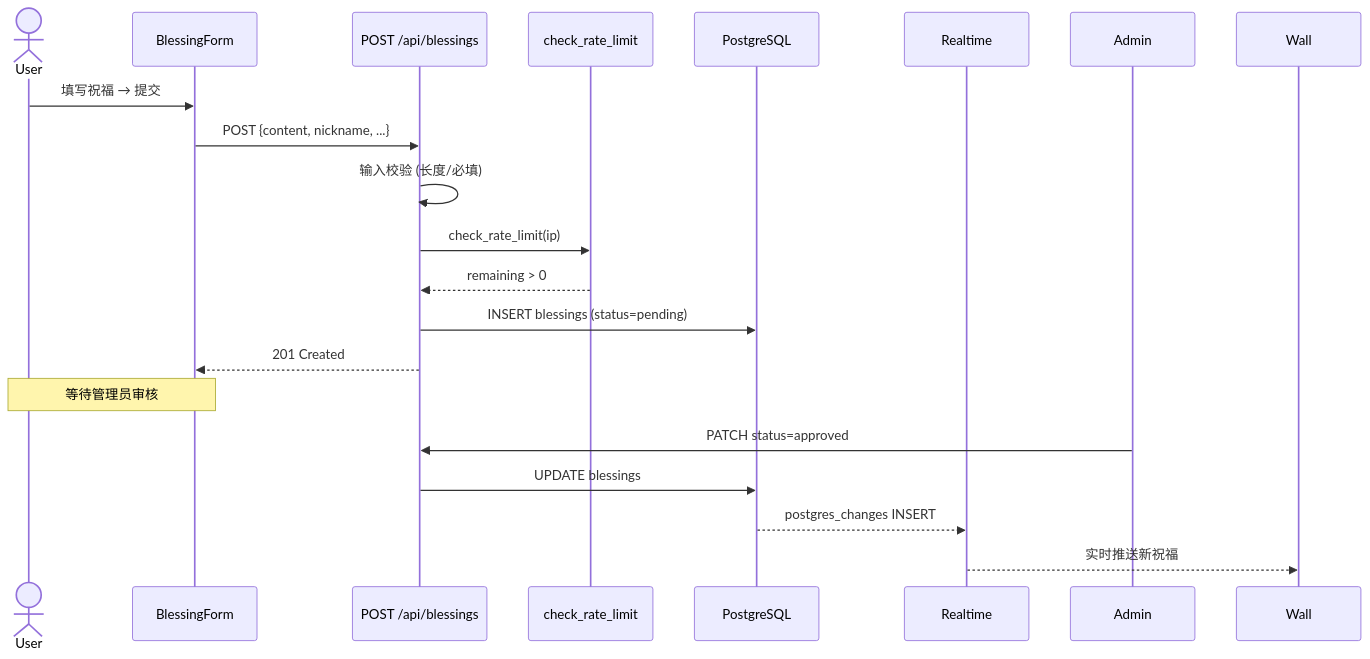
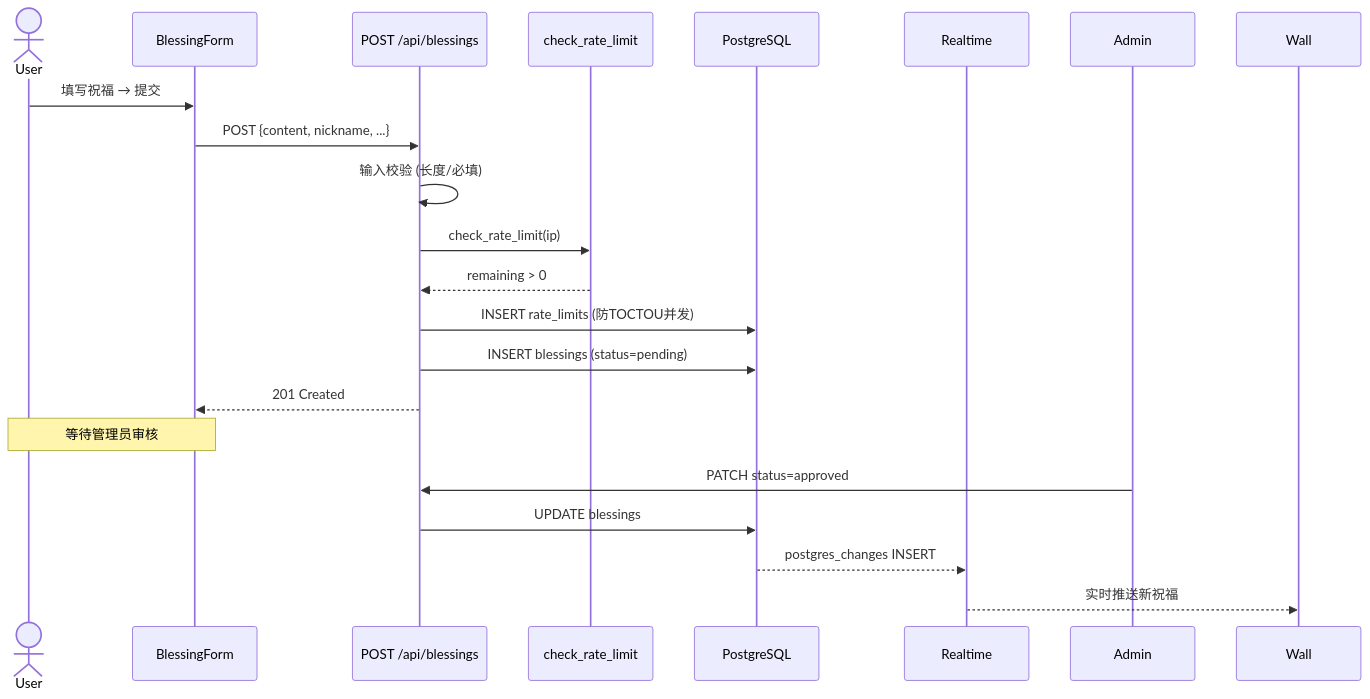
The third of 4 diagrams in docs/ARCHITECTURE.md (shh32010/Teacher-wishes), drawn with Mermaid before and after one commit. The commit also changed other lines of this file and 3 other files, not shown here.

First line of the commit message:
docs: 安全修复+UX变更同步至文档 — CHANGELOG/PROGRESS/API/ARCHITECTURE

````diff
--- a/docs/ARCHITECTURE.md
+++ b/docs/ARCHITECTURE.md
@@ -197,22 +198,23 @@
 ```mermaid
 sequenceDiagram
     actor User
     participant Form as BlessingForm
     participant API as POST /api/blessings
     participant RPC as check_rate_limit
     participant DB as PostgreSQL
     participant RT as Realtime
 
     User->>Form: 填写祝福 → 提交
     Form->>API: POST {content, nickname, ...}
     API->>API: 输入校验 (长度/必填)
     API->>RPC: check_rate_limit(ip)
     RPC-->>API: remaining > 0
+    API->>DB: INSERT rate_limits (防TOCTOU并发)
     API->>DB: INSERT blessings (status=pending)
     API-->>Form: 201 Created
     Note over User,Form: 等待管理员审核
     Admin->>API: PATCH status=approved
     API->>DB: UPDATE blessings
     DB-->>RT: postgres_changes INSERT
     RT-->>Wall: 实时推送新祝福
 ```
````
